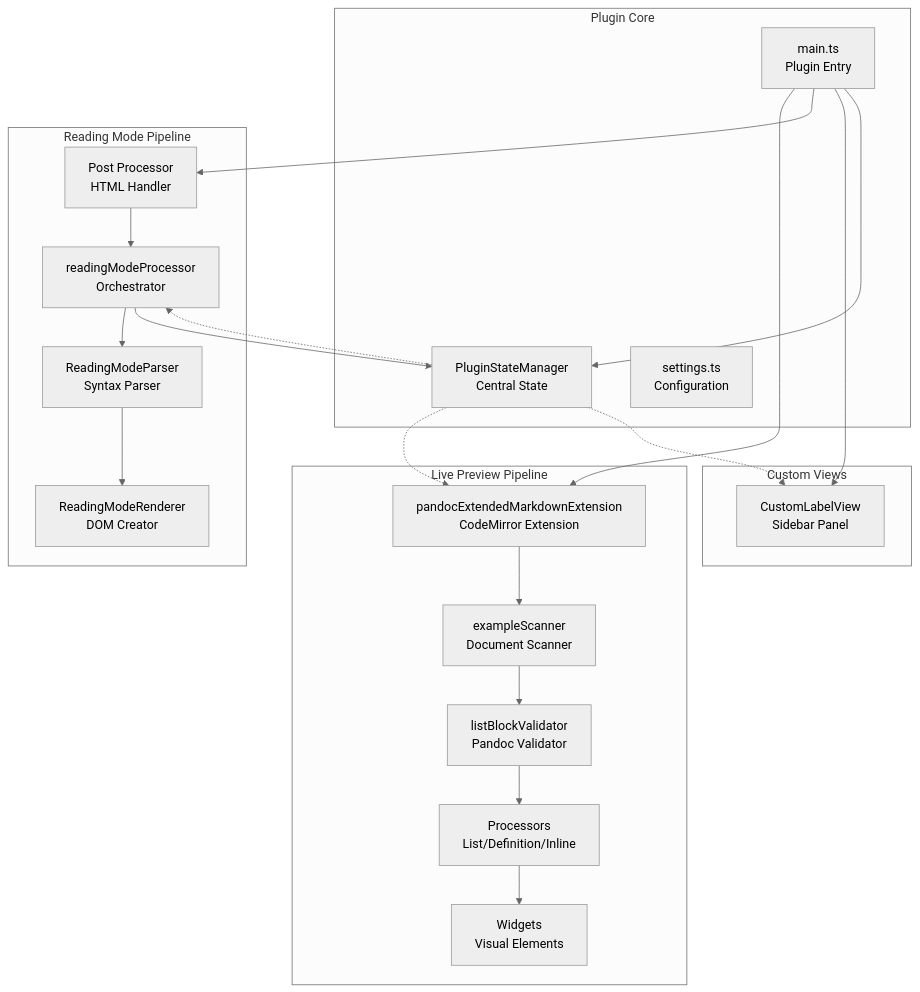
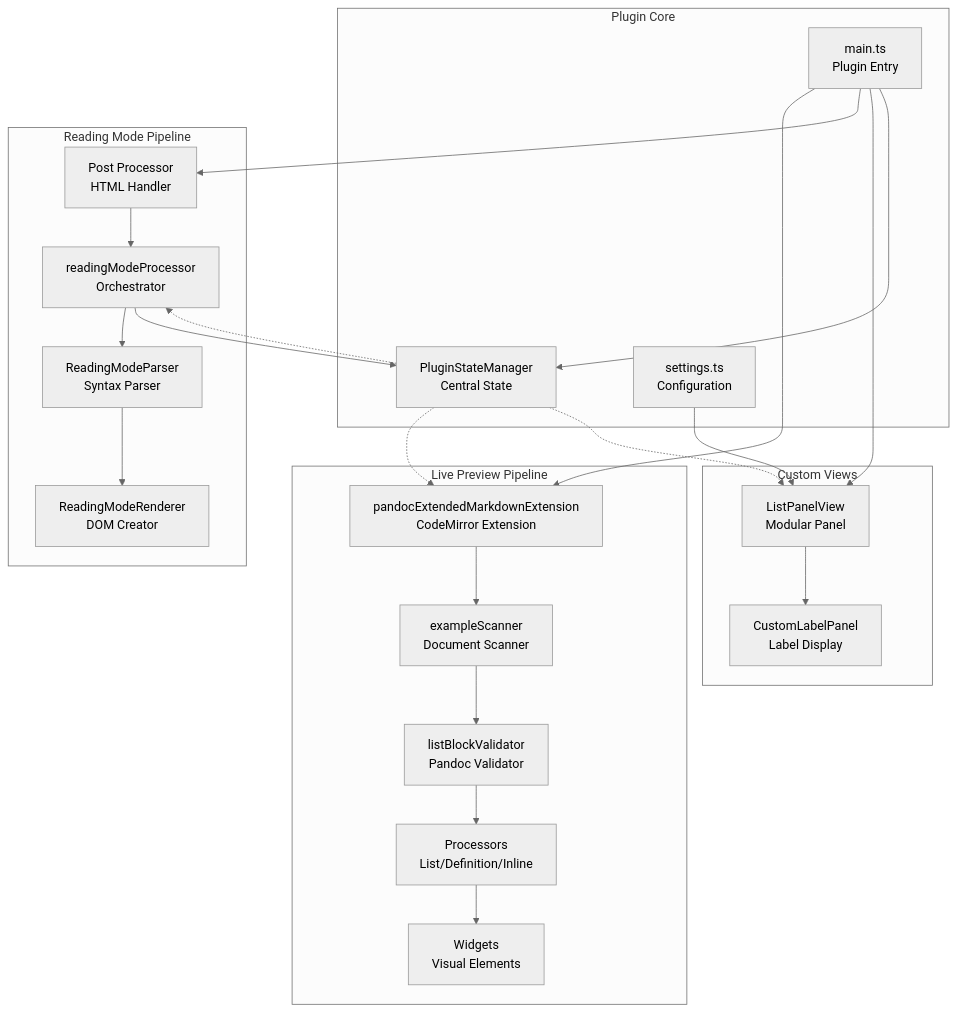
Before and after one commit to ErrorTzy/obsidian-pandoc-extended-markdown: the first of 8 diagrams in ARCHITECTURE.md, drawn with Mermaid (neutral theme). The commit also changed other lines of this file and 9 other files, not shown here.

First line of the commit message:
feat: Implement modular List Panel View with extensible architecture

````diff
--- a/ARCHITECTURE.md
+++ b/ARCHITECTURE.md
@@ -126,46 +131,50 @@
 ```mermaid
 graph TB
     subgraph "Plugin Core"
         Main[main.ts<br/>Plugin Entry]
         SM[PluginStateManager<br/>Central State]
         Settings[settings.ts<br/>Configuration]
     end
     
     subgraph "Live Preview Pipeline"
         CMExt[pandocExtendedMarkdownExtension<br/>CodeMirror Extension]
         Scanner[exampleScanner<br/>Document Scanner]
         Validator[listBlockValidator<br/>Pandoc Validator]
         Processors[Processors<br/>List/Definition/Inline]
         Widgets[Widgets<br/>Visual Elements]
     end
     
     subgraph "Reading Mode Pipeline"
         PostProc[Post Processor<br/>HTML Handler]
         RMProc[readingModeProcessor<br/>Orchestrator]
         Parser[ReadingModeParser<br/>Syntax Parser]
         Renderer[ReadingModeRenderer<br/>DOM Creator]
     end
     
     subgraph "Custom Views"
-        CLView[CustomLabelView<br/>Sidebar Panel]
+        LPView[ListPanelView<br/>Modular Panel]
+        CLPanel[CustomLabelPanel<br/>Label Display]
     end
     
     Main --> CMExt
     Main --> PostProc
-    Main --> CLView
+    Main --> LPView
+    LPView --> CLPanel
     Main --> SM
+    Settings --> LPView
     
     CMExt --> Scanner
     Scanner --> Validator
     Validator --> Processors
     Processors --> Widgets
     
     PostProc --> RMProc
     RMProc --> Parser
     RMProc --> SM
     Parser --> Renderer
     
     SM -.-> CMExt
     SM -.-> RMProc
-    SM -.-> CLView
+    SM -.-> LPView
+    
 ```
````
